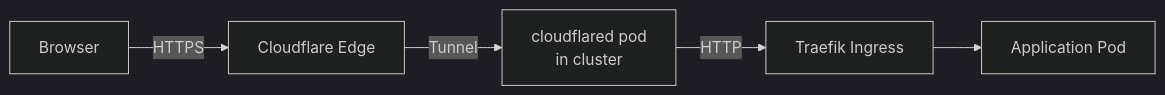
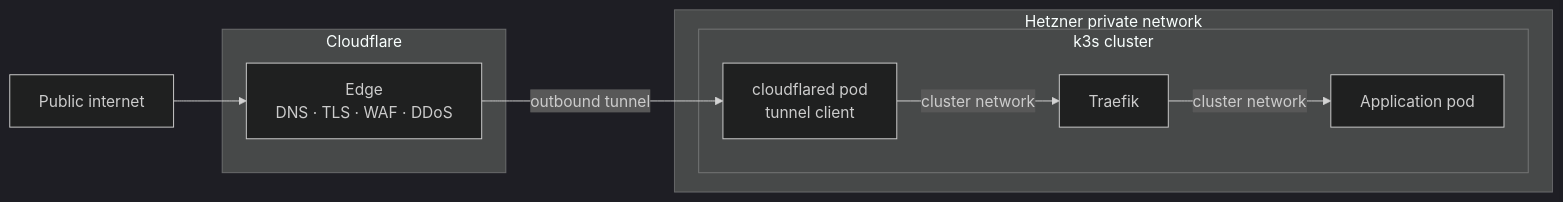
Before and after one commit to kbntx-org/nexus: the first of 2 diagrams in docs/src/platform/networking/01-overview.md, drawn with Mermaid. The commit also changed other lines of this file and 15 other files, not shown here.

````diff
--- a/docs/src/platform/networking/01-overview.md
+++ b/docs/src/platform/networking/01-overview.md
@@ -11,8 +26,22 @@
 ```mermaid
 %%{init: {'theme':'dark'}}%%
 graph LR
-    Browser -->|HTTPS| CF[Cloudflare Edge]
-    CF -->|Tunnel| cloudflared[cloudflared pod<br/>in cluster]
-    cloudflared -->|HTTP| Traefik[Traefik Ingress]
-    Traefik --> App[Application Pod]
+    Internet[Public internet]
+
+    subgraph CF[Cloudflare]
+        Edge[Edge<br/>DNS · TLS · WAF · DDoS]
+    end
+
+    subgraph VPC[Hetzner private network]
+        subgraph Cluster[k3s cluster]
+            Cloudflared[cloudflared pod<br/>tunnel client]
+            Traefik
+            App[Application pod]
+        end
+    end
+
+    Internet --> Edge
+    Edge -->|outbound tunnel| Cloudflared
+    Cloudflared -->|cluster network| Traefik
+    Traefik -->|cluster network| App
 ```
````
